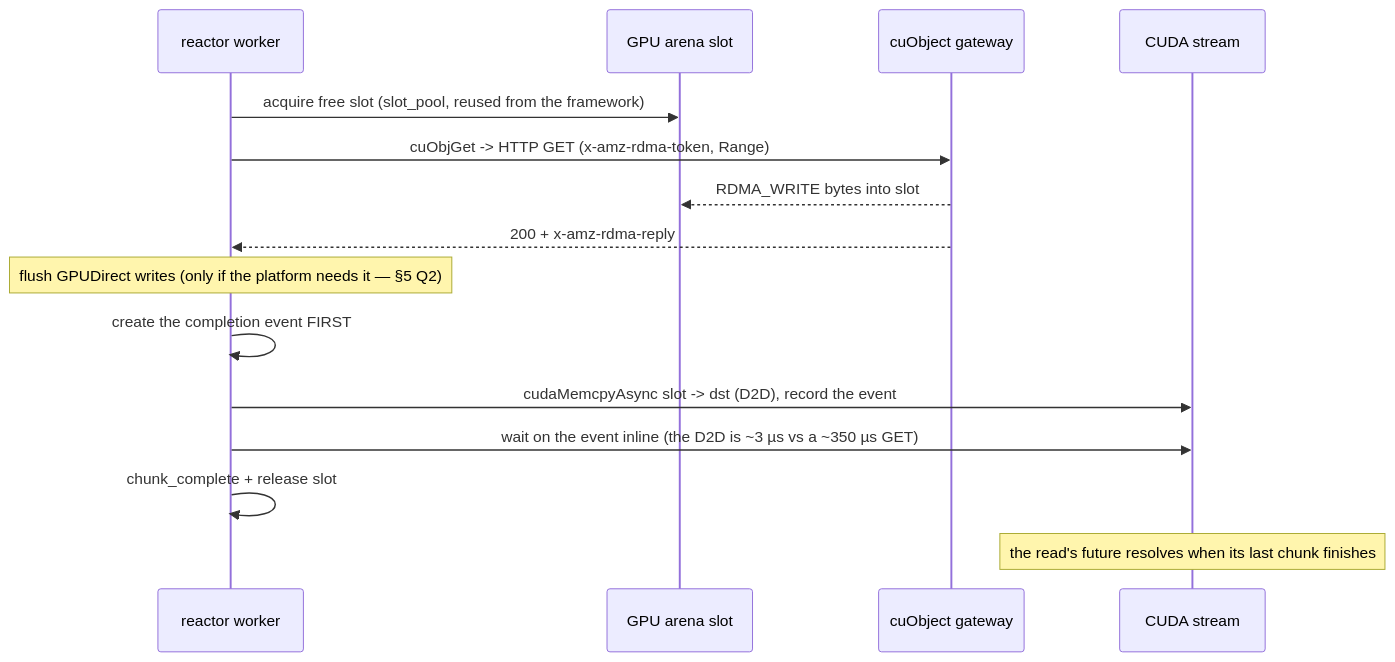
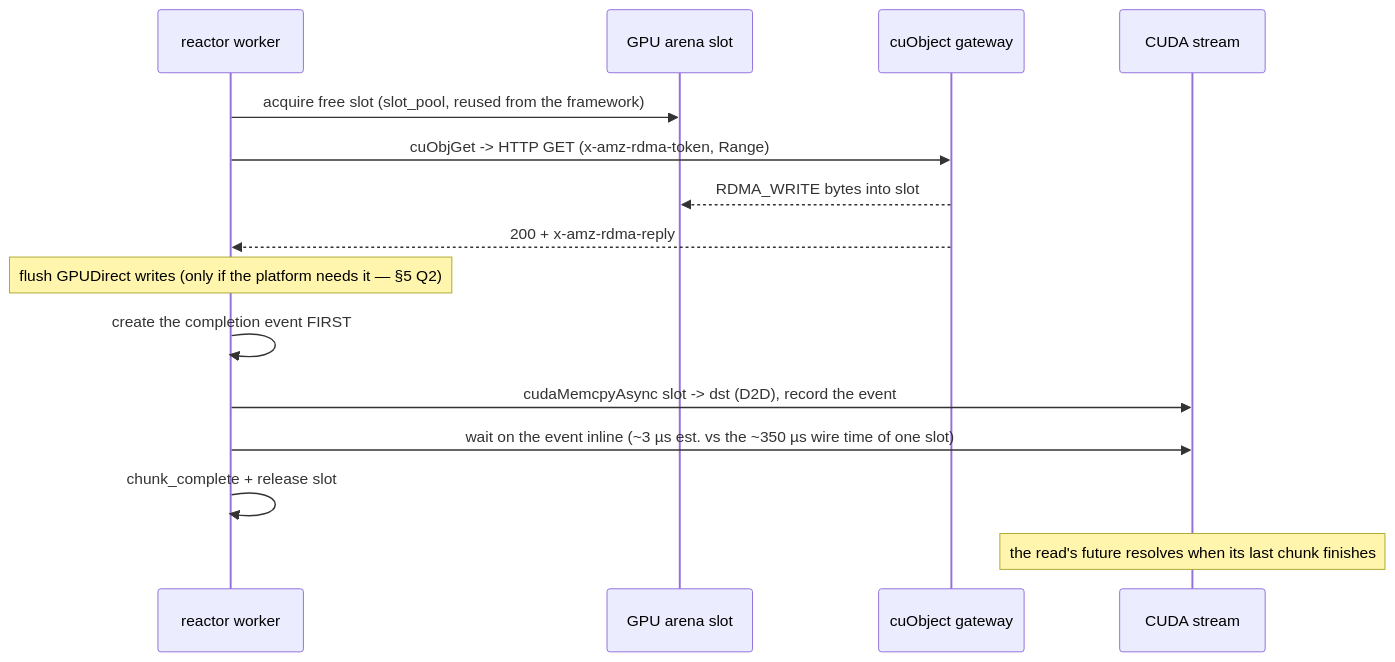
The second of 3 diagrams in experimental/s3-rdma-transport-design.md (sirius-db/sirius), drawn with Mermaid before and after one commit. The commit also changed other lines of this file and 1 other file, not shown here.

````diff
--- a/experimental/s3-rdma-transport-design.md
+++ b/experimental/s3-rdma-transport-design.md
@@ -84,17 +84,17 @@
 ```mermaid
 sequenceDiagram
   participant W as reactor worker
   participant A as GPU arena slot
   participant G as cuObject gateway
   participant S as CUDA stream
   W->>A: acquire free slot (slot_pool, reused from the framework)
   W->>G: cuObjGet -> HTTP GET (x-amz-rdma-token, Range)
   G-->>A: RDMA_WRITE bytes into slot
   G-->>W: 200 + x-amz-rdma-reply
   Note over W: flush GPUDirect writes (only if the platform needs it — §5 Q2)
   W->>W: create the completion event FIRST
   W->>S: cudaMemcpyAsync slot -> dst (D2D), record the event
-  W->>S: wait on the event inline (the D2D is ~3 µs vs a ~350 µs GET)
+  W->>S: wait on the event inline (~3 µs est. vs the ~350 µs wire time of one slot)
   W->>W: chunk_complete + release slot
   Note over S: the read's future resolves when its last chunk finishes
 ```
````
